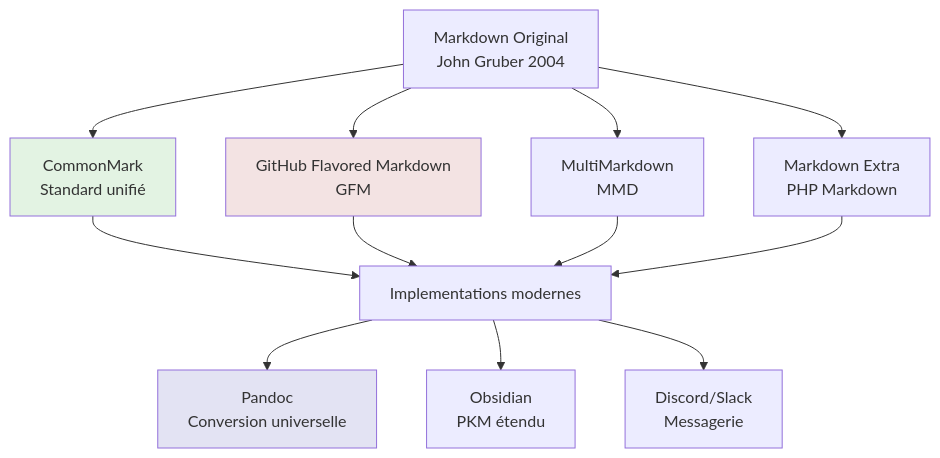
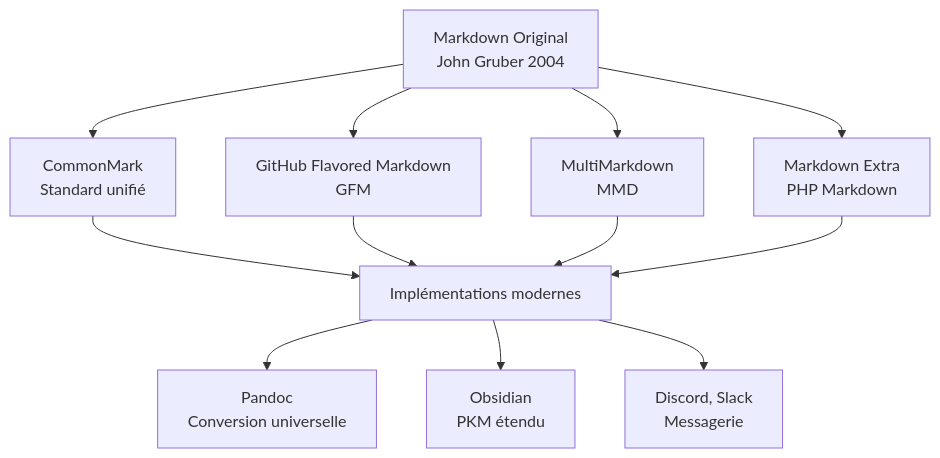
One commit to zyrass/omnydocs changed the diagram in docs/bases/outils/markdown.md. Above: the diagram before and after it, drawn with Mermaid. The commit also changed other lines of this file and 89 other files, not shown here.

Commit message:
refactor: git file and markdown file

````diff
--- a/docs/bases/outils/markdown.md
+++ b/docs/bases/outils/markdown.md
@@ -90,20 +83,18 @@
 ```mermaid
-graph TB
-    A[Markdown Original<br/>John Gruber 2004] --> B[CommonMark<br/>Standard unifié]
-    A --> C[GitHub Flavored Markdown<br/>GFM]
-    A --> D[MultiMarkdown<br/>MMD]
-    A --> E[Markdown Extra<br/>PHP Markdown]
-    
-    B --> F[Implementations modernes]
+flowchart TB
+    A["Markdown Original<br />John Gruber 2004"]
+
+    A --> B["CommonMark<br />Standard unifié"]
+    A --> C["GitHub Flavored Markdown<br />GFM"]
+    A --> D["MultiMarkdown<br />MMD"]
+    A --> E["Markdown Extra<br />PHP Markdown"]
+
+    B --> F["Implémentations modernes"]
     C --> F
     D --> F
     E --> F
-    
-    F --> G[Pandoc<br/>Conversion universelle]
-    F --> H[Obsidian<br/>PKM étendu]
-    F --> I[Discord/Slack<br/>Messagerie]
-    
-    style B fill:#e3f3e3
-    style C fill:#f3e3e3
-    style G fill:#e3e3f3
+
+    F --> G["Pandoc<br />Conversion universelle"]
+    F --> H["Obsidian<br />PKM étendu"]
+    F --> I["Discord, Slack<br />Messagerie"]
 ```
````
